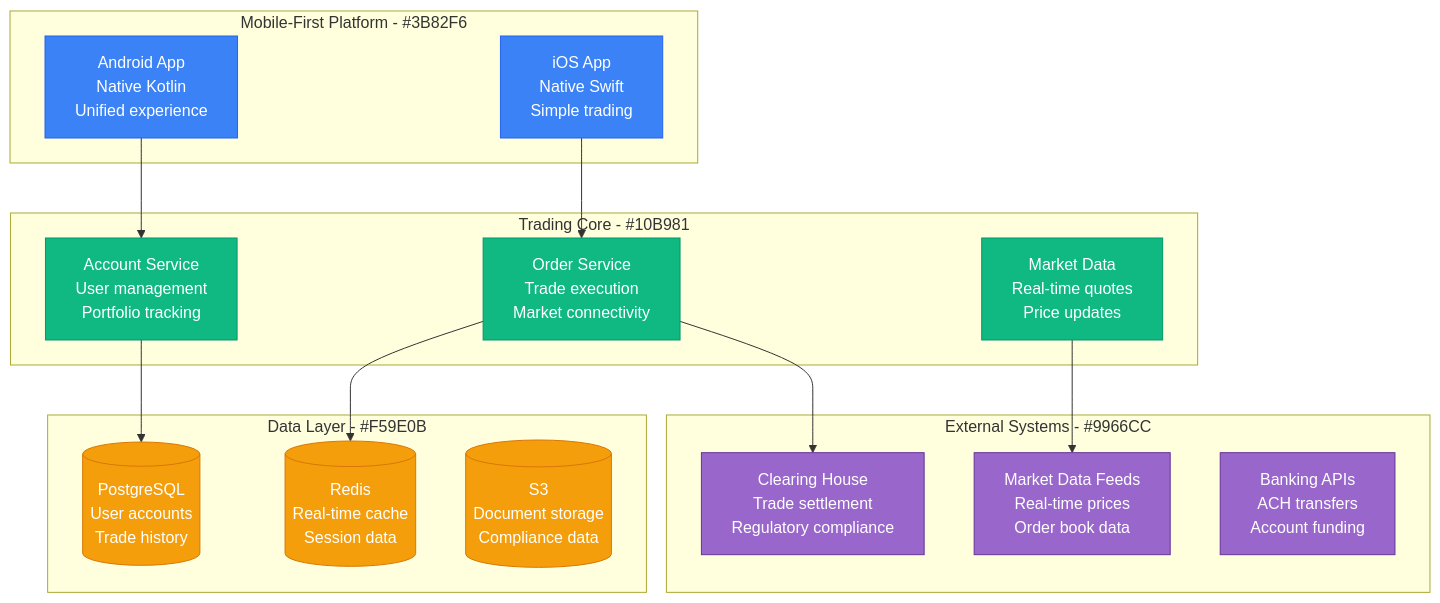
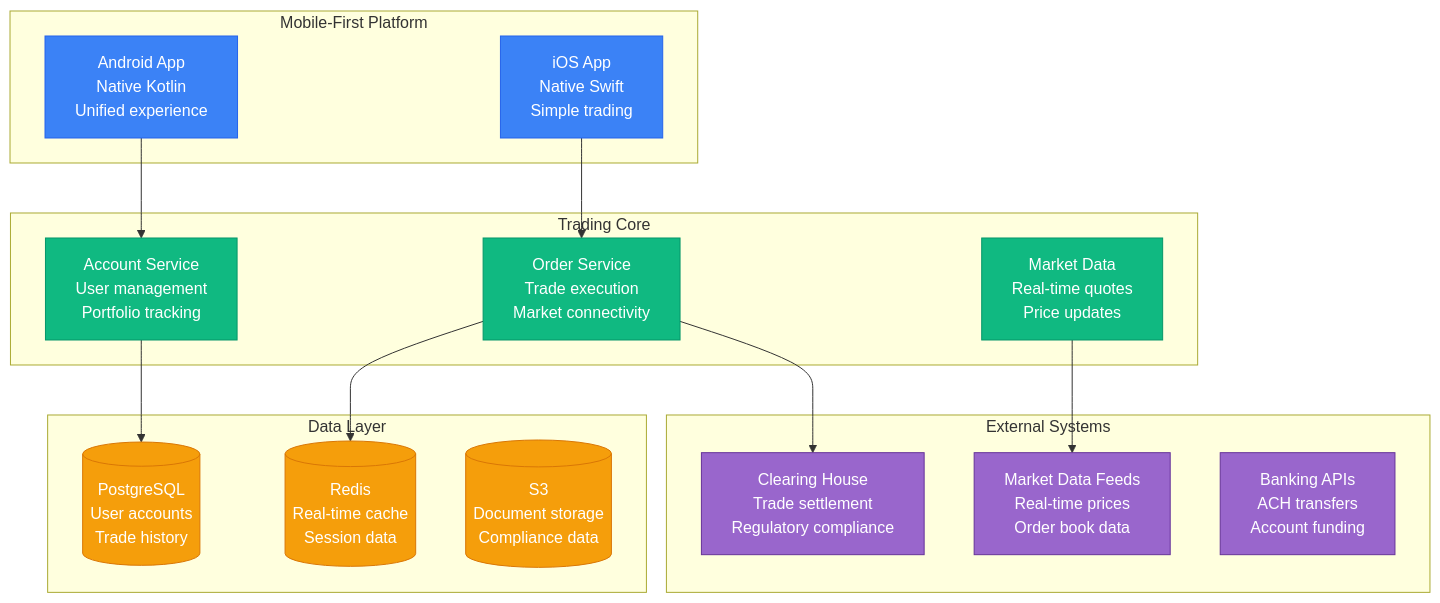
The first of 4 diagrams in site/docs/scaling/robinhood-scale-evolution.md (deepaucksharma/DS), drawn with Mermaid before and after one commit. The commit also changed other lines of this file and 169 other files, not shown here.

````diff
--- a/site/docs/scaling/robinhood-scale-evolution.md
+++ b/site/docs/scaling/robinhood-scale-evolution.md
@@ -17,42 +17,42 @@
 ```mermaid
 graph TB
-    subgraph MobileFirst[Mobile-First Platform - #3B82F6]
+    subgraph MobileFirst["Mobile-First Platform"]
         IOS_APP[iOS App<br/>Native Swift<br/>Simple trading]
         ANDROID_APP[Android App<br/>Native Kotlin<br/>Unified experience]
     end
 
-    subgraph TradingCore[Trading Core - #10B981]
+    subgraph TradingCore["Trading Core"]
         ORDER_SVC[Order Service<br/>Trade execution<br/>Market connectivity]
         ACCOUNT_SVC[Account Service<br/>User management<br/>Portfolio tracking]
         MARKET_DATA[Market Data<br/>Real-time quotes<br/>Price updates]
     end
 
-    subgraph DataLayer[Data Layer - #F59E0B]
+    subgraph DataLayer["Data Layer"]
         POSTGRES[(PostgreSQL<br/>User accounts<br/>Trade history)]
         REDIS[(Redis<br/>Real-time cache<br/>Session data)]
         S3[(S3<br/>Document storage<br/>Compliance data)]
     end
 
-    subgraph ExternalConnections[External Systems - #9966CC]
+    subgraph ExternalConnections["External Systems"]
         CLEARING[Clearing House<br/>Trade settlement<br/>Regulatory compliance]
         MARKET_FEEDS[Market Data Feeds<br/>Real-time prices<br/>Order book data]
         BANKING[Banking APIs<br/>ACH transfers<br/>Account funding]
     end
 
     IOS_APP --> ORDER_SVC
     ANDROID_APP --> ACCOUNT_SVC
     ORDER_SVC --> CLEARING
     MARKET_DATA --> MARKET_FEEDS
     ACCOUNT_SVC --> POSTGRES
     ORDER_SVC --> REDIS
 
     classDef mobileStyle fill:#3B82F6,stroke:#2563EB,color:#fff
     classDef tradingStyle fill:#10B981,stroke:#059669,color:#fff
     classDef dataStyle fill:#F59E0B,stroke:#D97706,color:#fff
     classDef externalStyle fill:#9966CC,stroke:#663399,color:#fff
 
     class IOS_APP,ANDROID_APP mobileStyle
     class ORDER_SVC,ACCOUNT_SVC,MARKET_DATA tradingStyle
     class POSTGRES,REDIS,S3 dataStyle
     class CLEARING,MARKET_FEEDS,BANKING externalStyle
 ```
````
